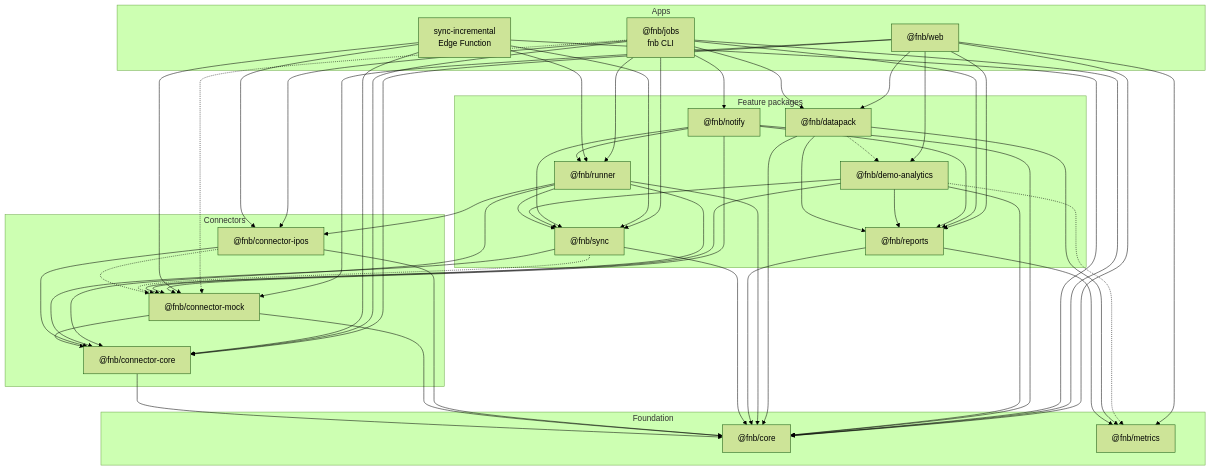
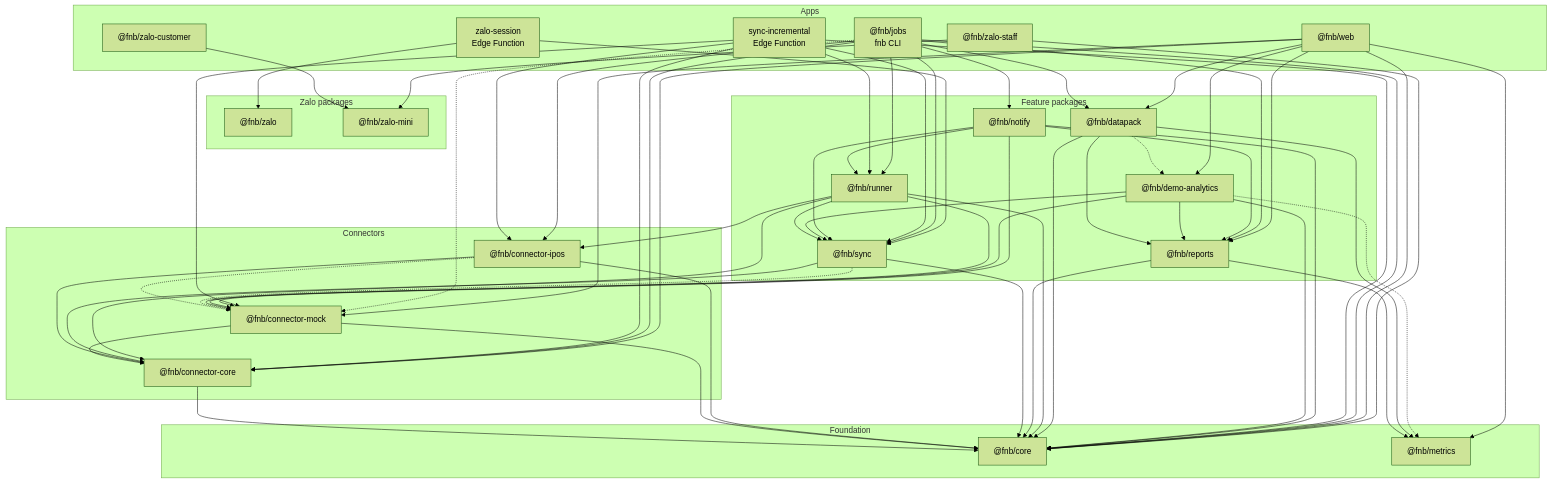
The third of 14 diagrams in docs/architecture.md (qa-io-vn/fnb-manager), drawn with Mermaid (forest theme) before and after one commit. The commit also changed other lines of this file and 15 other files, not shown here.

```diff
--- a/docs/architecture.md
+++ b/docs/architecture.md
@@ -175,6 +175,13 @@
         web["@fnb/web"]
         jobs["@fnb/jobs<br/>fnb CLI"]
         efn["sync-incremental<br/>Edge Function"]
+        zfn["zalo-session<br/>Edge Function"]
+        staffapp["@fnb/zalo-staff"]
+        custapp["@fnb/zalo-customer"]
+    end
+    subgraph zpkgs["Zalo packages"]
+        zalo["@fnb/zalo"]
+        zmini["@fnb/zalo-mini"]
     end
     subgraph features["Feature packages"]
         notify["@fnb/notify"]
@@ -194,6 +201,11 @@
         metrics["@fnb/metrics"]
     end
 
+    staffapp --> zmini
+    staffapp --> core
+    custapp --> zmini
+    zfn --> zalo
+    zfn --> sync
     web --> ccore
     web --> mock
     web --> core
```
